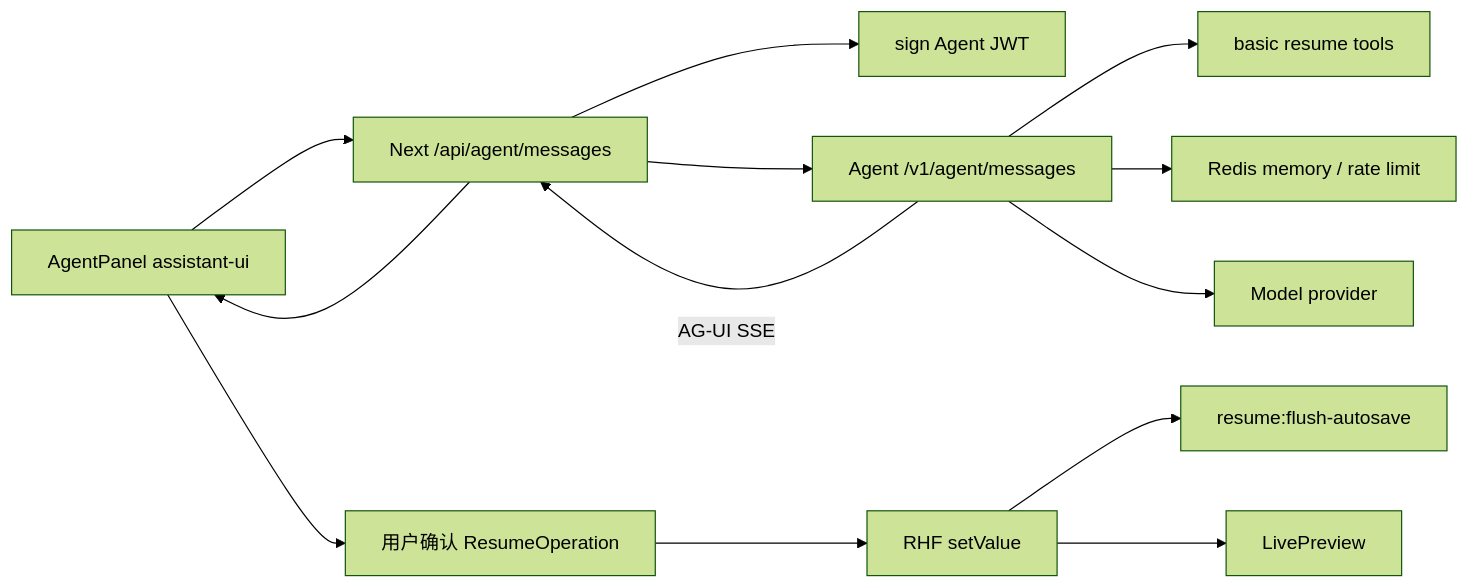
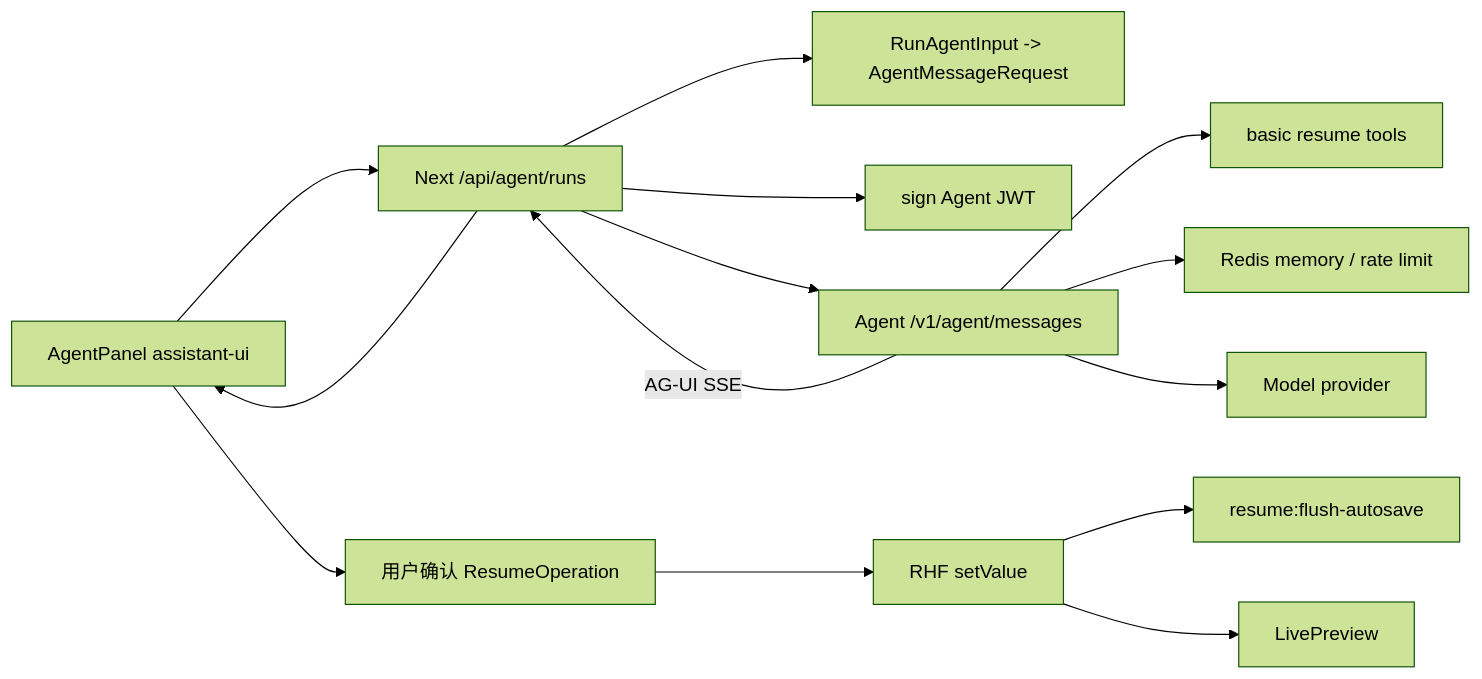
One commit to Rory-X/intro-builder changed the second of 2 diagrams in docs/agent/frontend-integration.md. Above: the diagram before and after it, drawn with Mermaid (forest theme). The commit also changed other lines of this file and 23 other files, not shown here.

````diff
--- a/docs/agent/frontend-integration.md
+++ b/docs/agent/frontend-integration.md
@@ -158,15 +159,16 @@
 ```mermaid
 flowchart LR
-  Panel["AgentPanel assistant-ui"] --> WebRoute["Next /api/agent/messages"]
+  Panel["AgentPanel assistant-ui"] --> WebRoute["Next /api/agent/runs"]
+  WebRoute --> Adapter["RunAgentInput -> AgentMessageRequest"]
   WebRoute --> Token["sign Agent JWT"]
   WebRoute --> Agent["Agent /v1/agent/messages"]
   Agent --> Tools["basic resume tools"]
   Agent --> Redis["Redis memory / rate limit"]
   Agent --> Model["Model provider"]
   Agent -- "AG-UI SSE" --> WebRoute
   WebRoute --> Panel
   Panel --> Confirm["用户确认 ResumeOperation"]
   Confirm --> RHF["RHF setValue"]
   RHF --> Autosave["resume:flush-autosave"]
   RHF --> Preview["LivePreview"]
 ```
````
